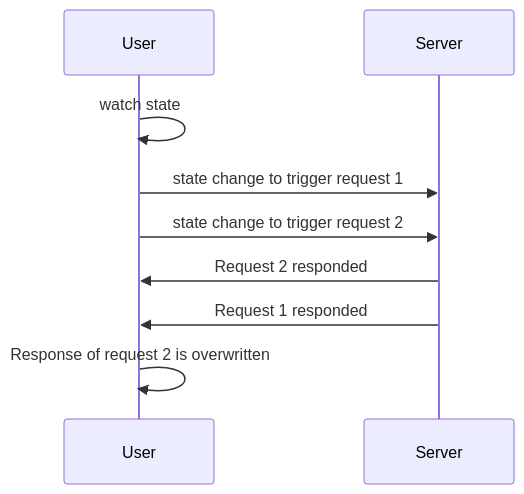
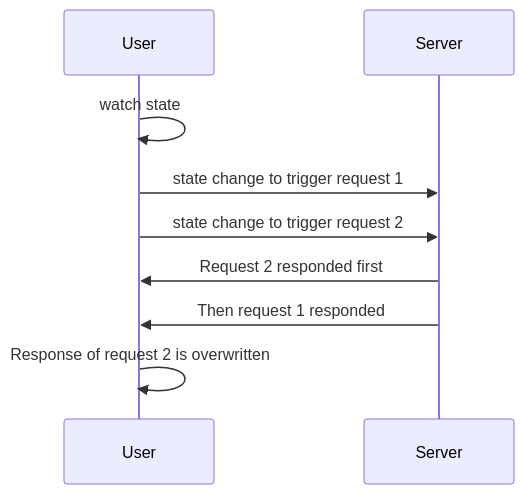
The diagram in docs/tutorial/03-combine-framework/03-use-watcher.md (alovajs/alovajs.github.io), drawn with Mermaid before and after one commit. The commit also changed other lines of this file and 128 other files, not shown here.

````diff
--- a/docs/tutorial/03-combine-framework/03-use-watcher.md
+++ b/docs/tutorial/03-combine-framework/03-use-watcher.md
@@ -286,11 +286,11 @@
 ```mermaid
 sequenceDiagram
    participant U as User
    participant S as Server
    U ->> U: watch state
    U ->> S: state change to trigger request 1
    U ->> S: state change to trigger request 2
-   S ->> U: Request 2 responded
-   S ->> U: Request 1 responded
+   S ->> U: Request 2 responded first
+   S ->> U: Then request 1 responded
    U ->> U: Response of request 2 is overwritten
 ```
````
